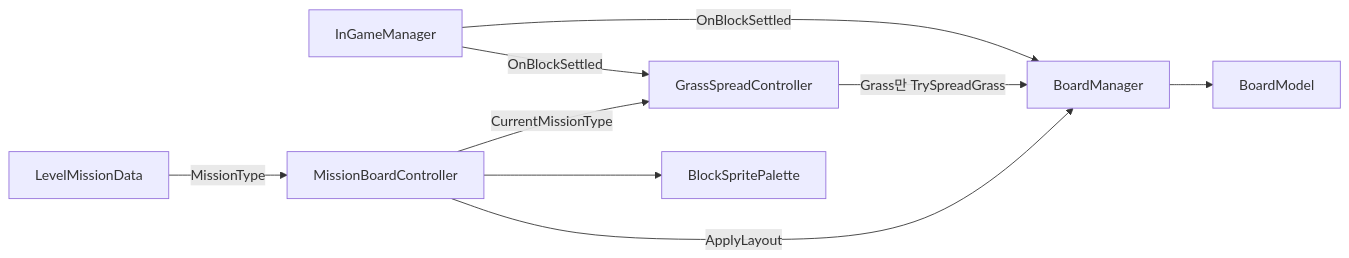
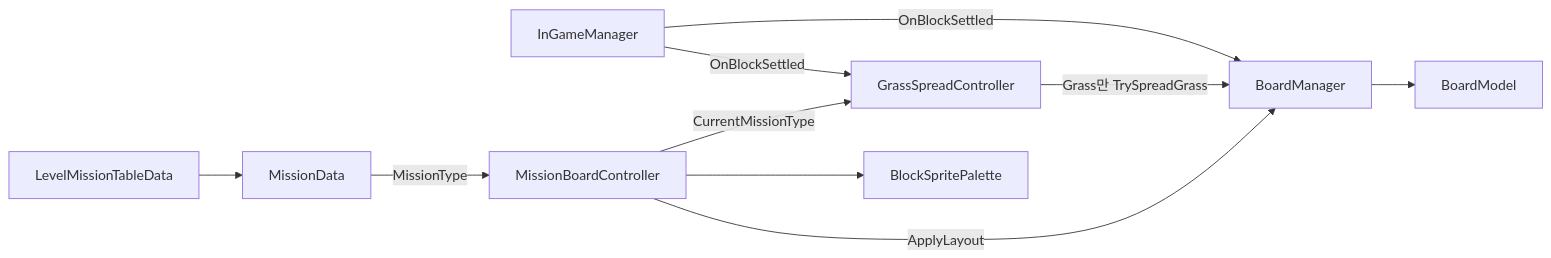
The first of 3 diagrams in docs/diagrams/mission-board-controller.md (chlghksgml01/BlockPuzzle), drawn with Mermaid before and after one commit. The commit also changed other lines of this file and 38 other files, not shown here.

````diff
--- a/docs/diagrams/mission-board-controller.md
+++ b/docs/diagrams/mission-board-controller.md
@@ -21,19 +21,21 @@
 ```mermaid
 flowchart LR
   IGM[InGameManager]
   MBC[MissionBoardController]
   GSC[GrassSpreadController]
   BM[BoardManager]
   MODEL[BoardModel]
-  DATA[LevelMissionData]
+  DATA[MissionData]
+  TABLE[LevelMissionTableData]
   PAL[BlockSpritePalette]
 
+  TABLE --> DATA
   IGM -->|"OnBlockSettled"| BM
   IGM -->|"OnBlockSettled"| GSC
   DATA -->|"MissionType"| MBC
   MBC -->|"CurrentMissionType"| GSC
   MBC --> PAL
   MBC -->|"ApplyLayout"| BM
   GSC -->|"Grass만 TrySpreadGrass"| BM
   BM --> MODEL
 ```
````
